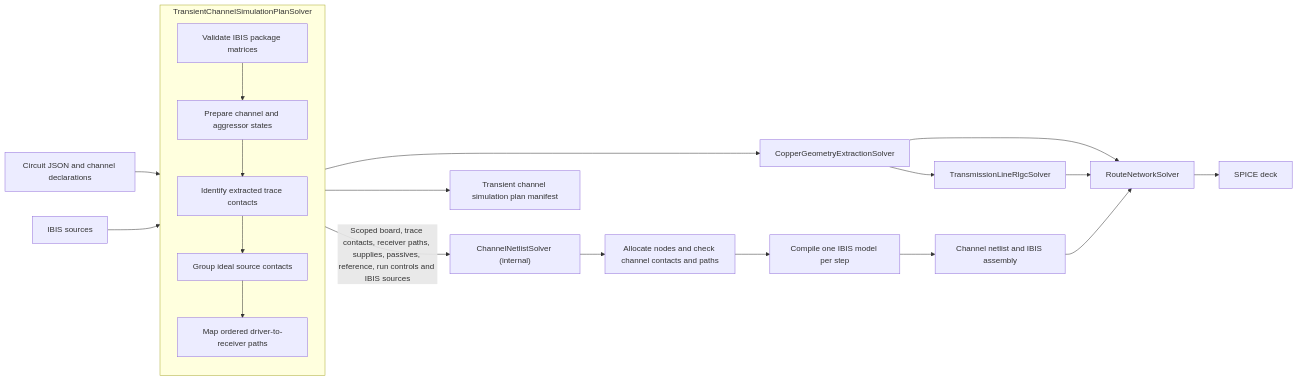
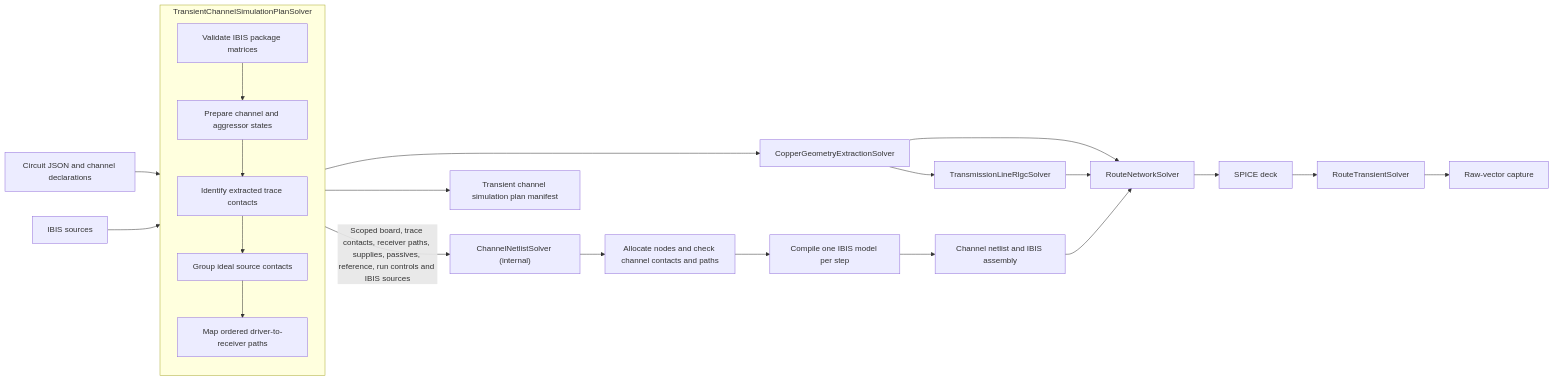
Before and after one commit to tscircuit/signal-integrity-pipeline: the first of 4 diagrams in docs/ARCHITECTURE.md, drawn with Mermaid. The commit also changed other lines of this file and 7 other files, not shown here.

````diff
--- a/docs/ARCHITECTURE.md
+++ b/docs/ARCHITECTURE.md
@@ -22,22 +23,24 @@
 ```mermaid
 flowchart LR
   subgraph planner["TransientChannelSimulationPlanSolver"]
     packages["Validate IBIS package matrices"] --> prepare["Prepare channel and aggressor states"]
     prepare --> traces["Identify extracted trace contacts"]
     traces --> groups["Group ideal source contacts"]
     groups --> paths["Map ordered driver-to-receiver paths"]
   end
   board["Circuit JSON and channel declarations"] --> planner
   ibis["IBIS sources"] --> planner
   planner --> geometry["CopperGeometryExtractionSolver"]
   geometry --> transmissionLineRlgc["TransmissionLineRlgcSolver"]
   planner -->|Scoped board, trace contacts, receiver paths, supplies, passives, reference, run controls and IBIS sources| netlist["ChannelNetlistSolver (internal)"]
   netlist --> checks["Allocate nodes and check channel contacts and paths"]
   checks --> spice["Compile one IBIS model per step"]
   spice --> netlistOutput["Channel netlist and IBIS assembly"]
   geometry --> network["RouteNetworkSolver"]
   transmissionLineRlgc --> network
   netlistOutput --> network
   network --> deck["SPICE deck"]
+  deck --> transient["RouteTransientSolver"]
+  transient --> capture["Raw-vector capture"]
   planner --> manifest["Transient channel simulation plan manifest"]
 ```
````
